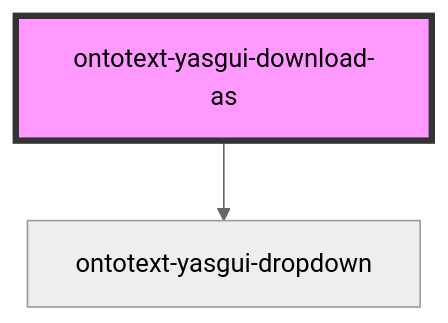
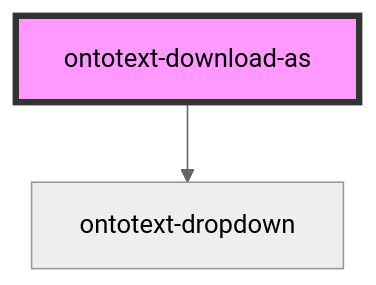
One commit to Ontotext-AD/ontotext-yasgui changed the diagram in ontotext-yasgui-web-component/src/components/download-as/readme.md. Above: the diagram before and after it, drawn with Mermaid (neutral theme). The commit also changed other lines of this file and 6 other files, not shown here.

````diff
--- a/ontotext-yasgui-web-component/src/components/download-as/readme.md
+++ b/ontotext-yasgui-web-component/src/components/download-as/readme.md
@@ -33,5 +33,5 @@
 ```mermaid
 graph TD;
-  ontotext-yasgui-download-as --> ontotext-yasgui-dropdown
-  style ontotext-yasgui-download-as fill:#f9f,stroke:#333,stroke-width:4px
+  ontotext-download-as --> ontotext-dropdown
+  style ontotext-download-as fill:#f9f,stroke:#333,stroke-width:4px
 ```
````
